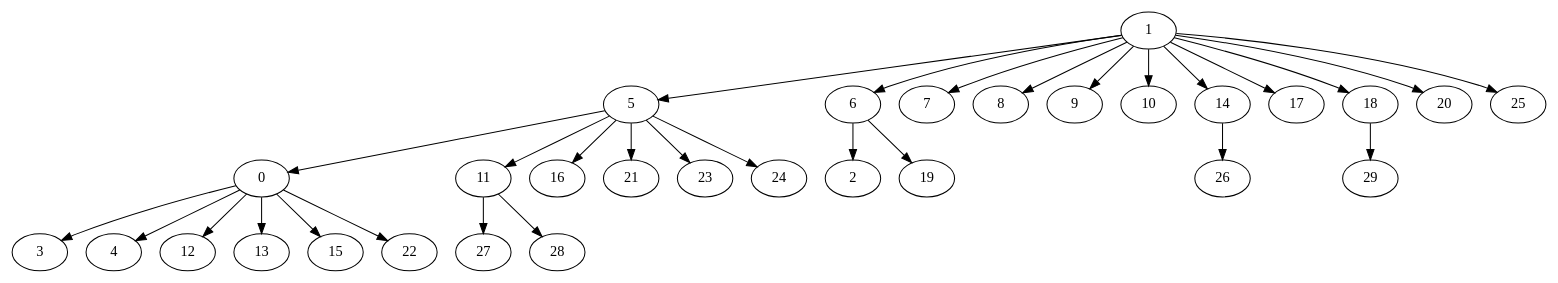
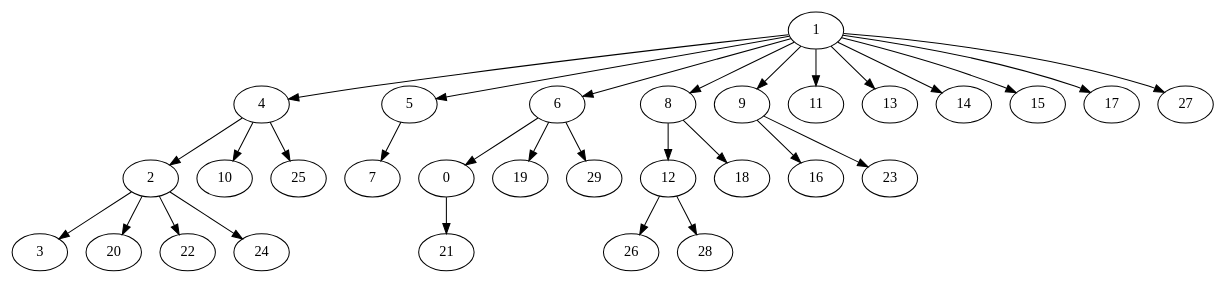
The diagram in arbol_bfs_dorogov30.gv (GusRojas/Grafos2DAA_A24), drawn with Graphviz before and after one commit. The commit also changed 12 other files, not shown here.

```diff
--- a/arbol_bfs_dorogov30.gv
+++ b/arbol_bfs_dorogov30.gv
@@ -1,31 +1,31 @@
 digraph {
+  1 -> 4;
   1 -> 5;
   1 -> 6;
-  1 -> 7;
   1 -> 8;
   1 -> 9;
-  1 -> 10;
+  1 -> 11;
+  1 -> 13;
   1 -> 14;
+  1 -> 15;
   1 -> 17;
-  1 -> 18;
-  1 -> 20;
-  1 -> 25;
-  5 -> 0;
-  5 -> 11;
-  5 -> 16;
-  5 -> 21;
-  5 -> 23;
-  5 -> 24;
-  6 -> 2;
+  1 -> 27;
+  4 -> 2;
+  4 -> 10;
+  4 -> 25;
+  5 -> 7;
+  6 -> 0;
   6 -> 19;
-  14 -> 26;
-  18 -> 29;
-  0 -> 3;
-  0 -> 4;
-  0 -> 12;
-  0 -> 13;
-  0 -> 15;
-  0 -> 22;
-  11 -> 27;
-  11 -> 28;
+  6 -> 29;
+  8 -> 12;
+  8 -> 18;
+  9 -> 16;
+  9 -> 23;
+  2 -> 3;
+  2 -> 20;
+  2 -> 22;
+  2 -> 24;
+  0 -> 21;
+  12 -> 26;
+  12 -> 28;
 }
```
